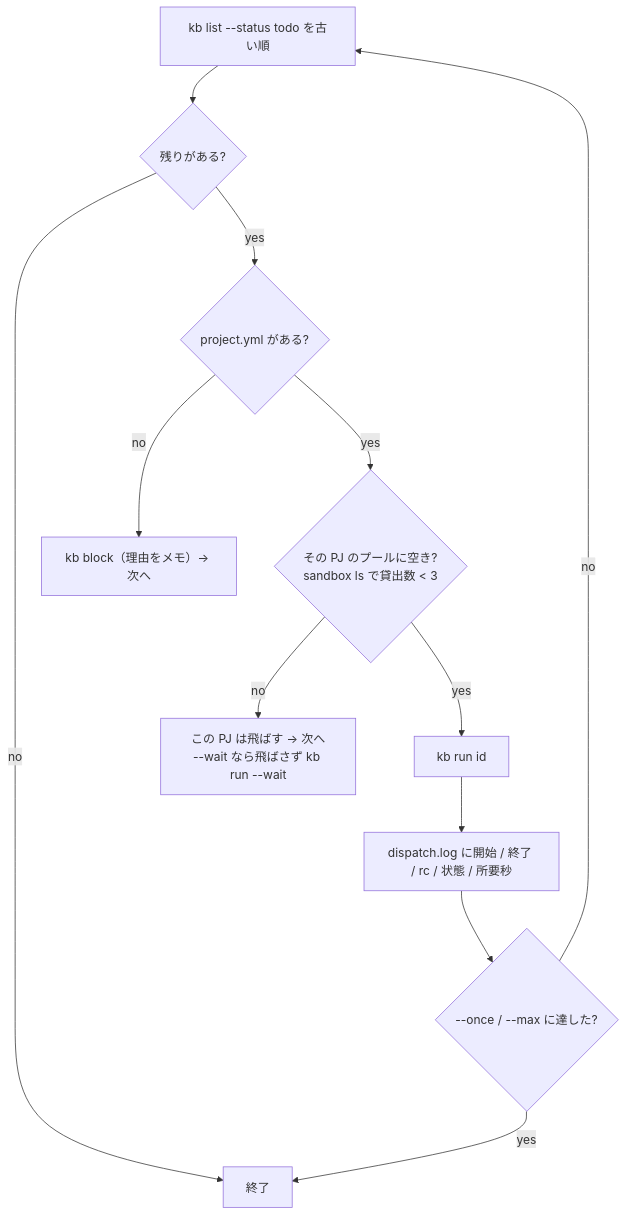
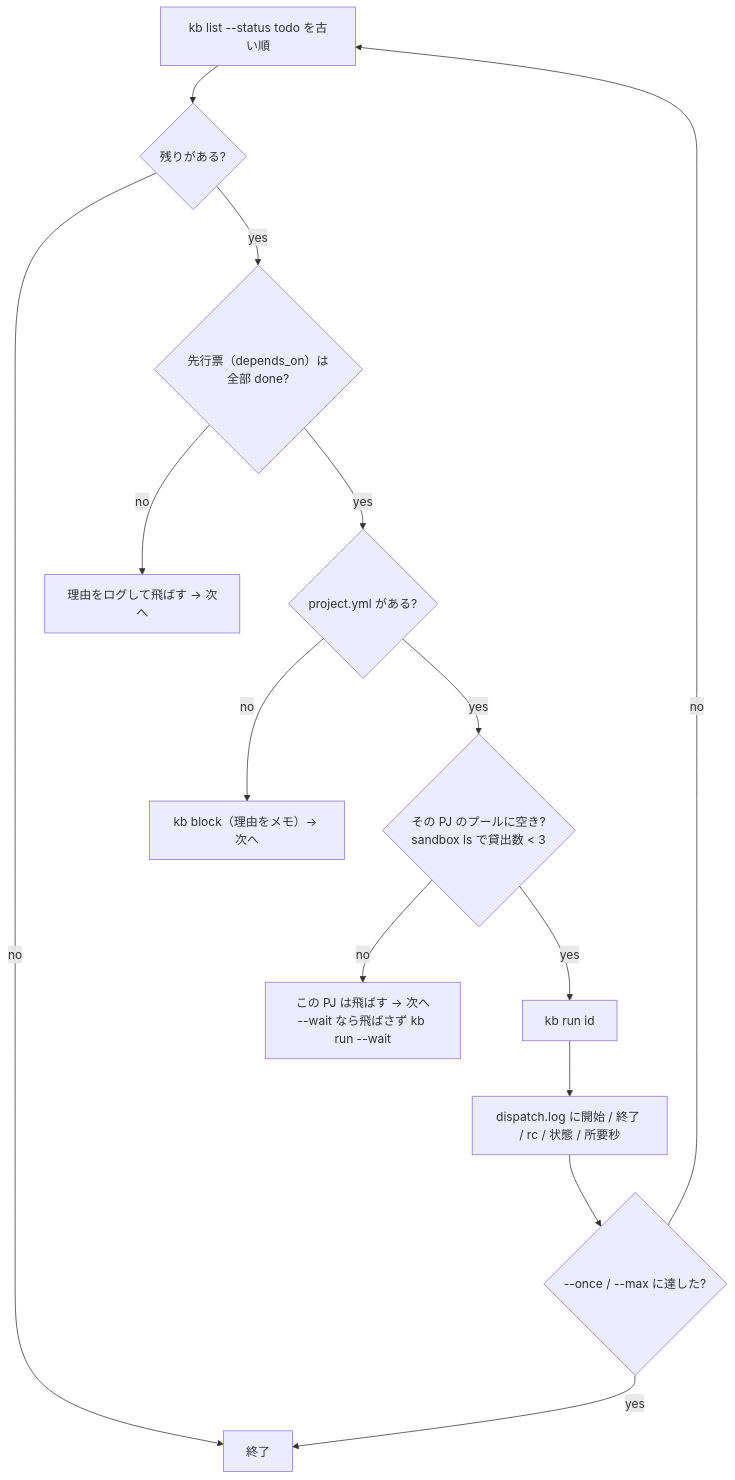
Before and after one commit to akkijp-oss/aifactory: the diagram in website/content/ja/reference/cli-glue.md, drawn with Mermaid. The commit also changed other lines of this file and 5 other files, not shown here.

````diff
--- a/website/content/ja/reference/cli-glue.md
+++ b/website/content/ja/reference/cli-glue.md
@@ -71,14 +71,16 @@
 ```mermaid
 flowchart TD
   A[kb list --status todo を古い順] --> B{残りがある?}
   B -->|no| Z[終了]
-  B -->|yes| C{project.yml がある?}
+  B -->|yes| P{先行票（depends_on）は全部 done?}
+  P -->|no| Q[理由をログして飛ばす → 次へ]
+  P -->|yes| C{project.yml がある?}
   C -->|no| D[kb block（理由をメモ）→ 次へ]
   C -->|yes| E{その PJ のプールに空き?<br>sandbox ls で貸出数 < 3}
   E -->|no| F[この PJ は飛ばす → 次へ<br>--wait なら飛ばさず kb run --wait]
   E -->|yes| G[kb run id]
   G --> H[dispatch.log に開始 / 終了 / rc / 状態 / 所要秒]
   H --> I{--once / --max に達した?}
   I -->|no| A
   I -->|yes| Z
 ```
````
